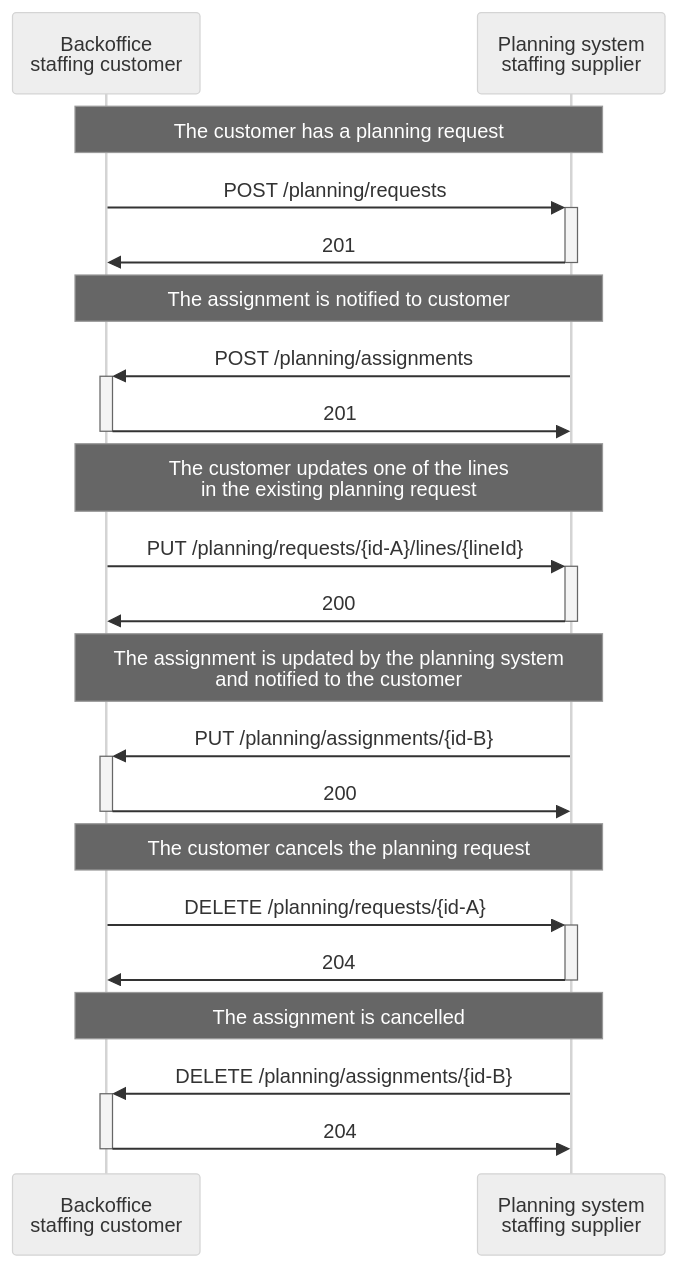
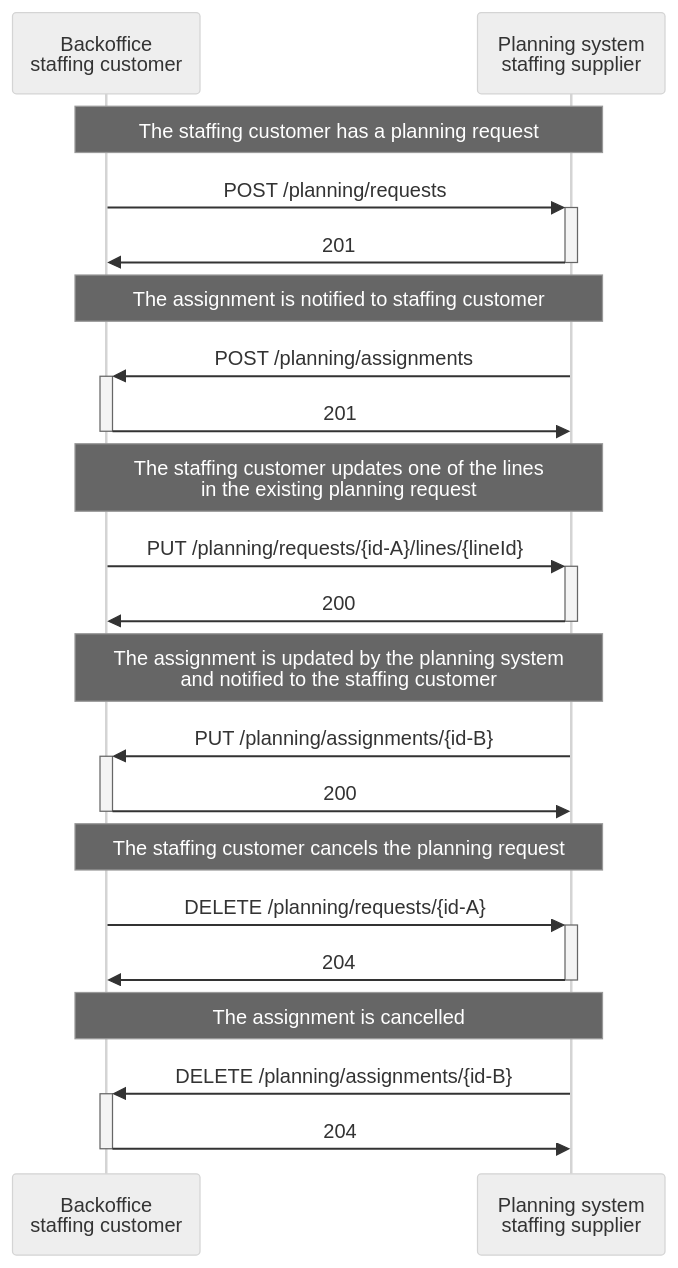
One commit to setu-standards/documentation changed the diagram in app/docs/planning/Scenario 1/StaffingCustomer_and_StaffingSupplier.md. Above: the diagram before and after it, drawn with Mermaid (neutral theme). The commit also changed other lines of this file and 10 other files, not shown here.

````diff
--- a/app/docs/planning/Scenario 1/StaffingCustomer_and_StaffingSupplier.md
+++ b/app/docs/planning/Scenario 1/StaffingCustomer_and_StaffingSupplier.md
@@ -19,29 +15,29 @@
 ```mermaid
 sequenceDiagram
     participant Customer as Backoffice <br/> staffing customer
     participant Planning as Planning system <br/> staffing supplier
 
-    Note over Customer,Planning: The customer has a planning request
+    Note over Customer,Planning: The staffing customer has a planning request
     Customer ->>+ Planning: POST /planning/requests
     Planning ->>- Customer: 201
 
-    Note over Customer,Planning: The assignment is notified to customer
+    Note over Customer,Planning: The assignment is notified to staffing customer
     Planning ->>+ Customer: POST /planning/assignments
     Customer ->>- Planning: 201
 
-    Note over Customer,Planning: The customer updates one of the lines<br/>in the existing planning request
+    Note over Customer,Planning: The staffing customer updates one of the lines<br/>in the existing planning request
     Customer ->>+ Planning: PUT /planning/requests/{id-A}/lines/{lineId}
     Planning ->>- Customer: 200
 
-    Note over Customer,Planning: The assignment is updated by the planning system<br/> and notified to the customer
+    Note over Customer,Planning: The assignment is updated by the planning system<br/> and notified to the staffing customer
     Planning ->>+ Customer: PUT /planning/assignments/{id-B}
     Customer ->>- Planning: 200
 
-    Note over Customer,Planning: The customer cancels the planning request
+    Note over Customer,Planning: The staffing customer cancels the planning request
     Customer ->>+ Planning: DELETE /planning/requests/{id-A}
     Planning ->>- Customer: 204
 
     Note over Customer,Planning: The assignment is cancelled
     Planning ->>+ Customer: DELETE /planning/assignments/{id-B}
     Customer ->>- Planning: 204
 ```
````
